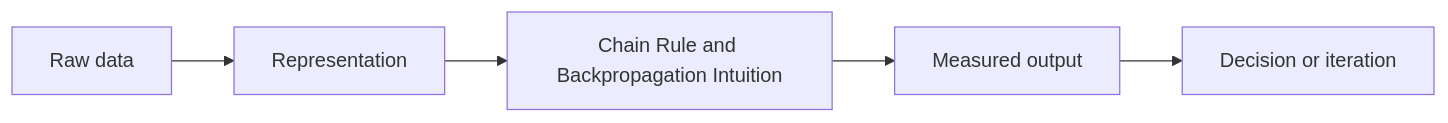
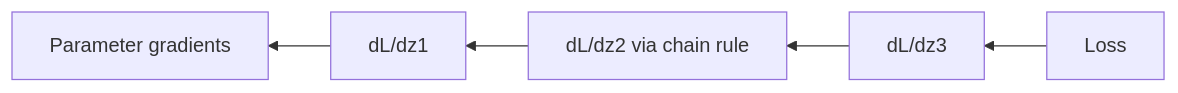
The diagram in math/08-chain-rule-and-backpropagation-intuition.md (Icon1cc/Machine-Learning), drawn with Mermaid before and after one commit. The commit also changed other lines of this file and 264 other files, not shown here.

````diff
--- a/math/08-chain-rule-and-backpropagation-intuition.md
+++ b/math/08-chain-rule-and-backpropagation-intuition.md
@@ -92,7 +67,7 @@
 ```mermaid
-flowchart LR
-    A[Raw data] --> B[Representation]
-    B --> C[Chain Rule and Backpropagation Intuition]
-    C --> D[Measured output]
-    D --> E[Decision or iteration]
+flowchart RL
+    L[Loss] --> D1[dL/dz3]
+    D1 --> D2[dL/dz2 via chain rule]
+    D2 --> D3[dL/dz1]
+    D3 --> P[Parameter gradients]
 ```
````
